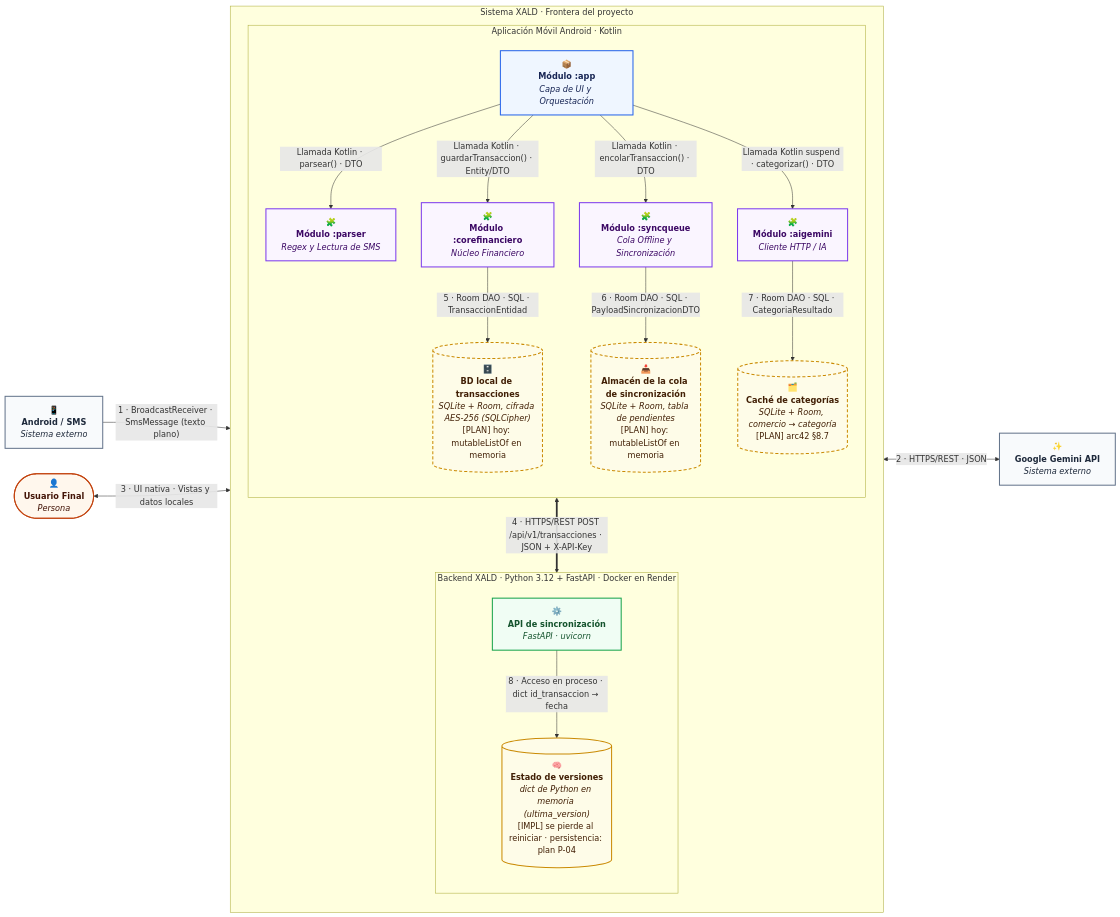
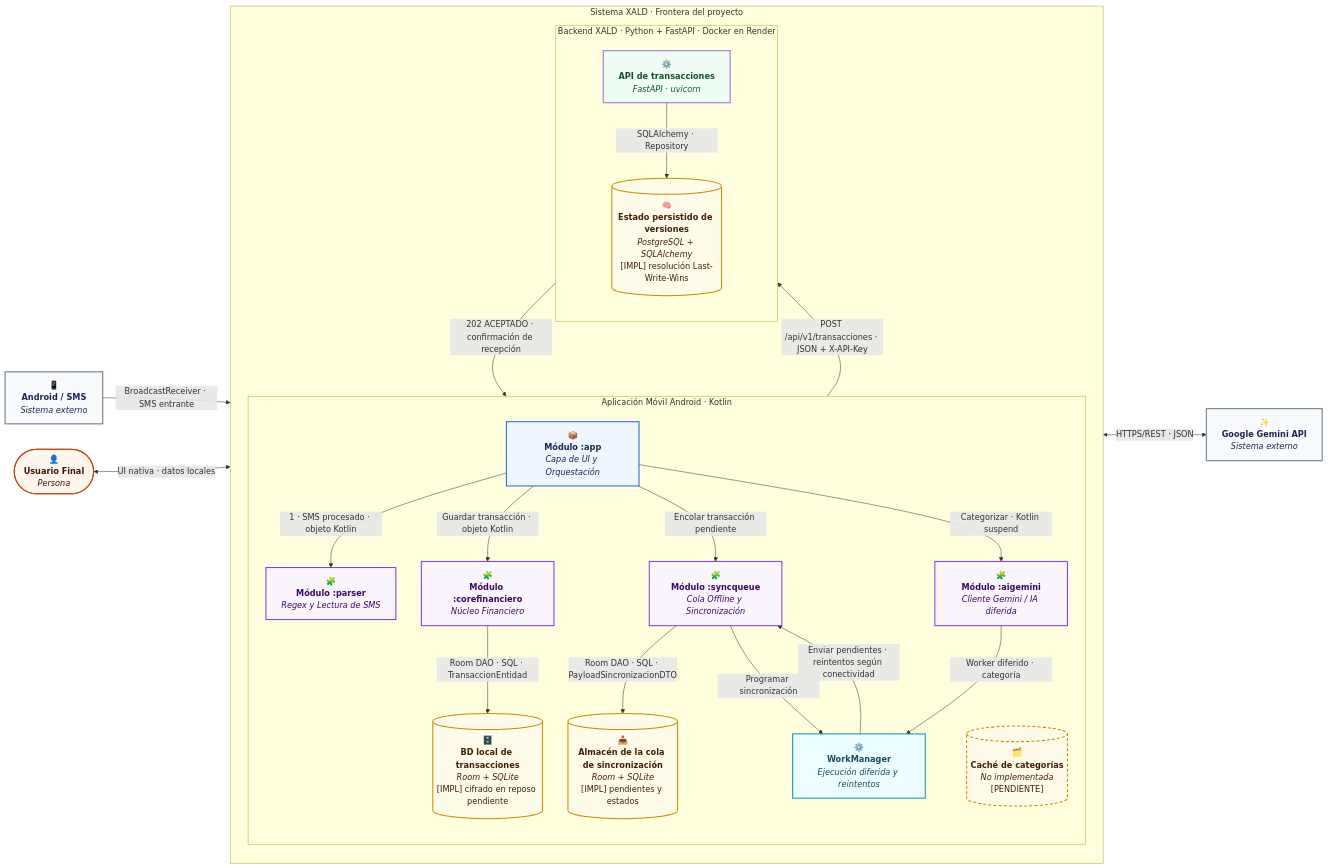
Before and after one commit to ISCOUTB/AS_202620_XALD: the diagram in docs/c4/c2.md, drawn with Mermaid. The commit also changed other lines of this file, not shown here.

````diff
--- a/docs/c4/c2.md
+++ b/docs/c4/c2.md
@@ -3,61 +3,67 @@
 ```mermaid
 flowchart LR
     User(["👤<br/><b>Usuario Final</b><br/><i>Persona</i>"])
     Android["📱<br/><b>Android / SMS</b><br/><i>Sistema externo</i>"]
     Gemini["✨<br/><b>Google Gemini API</b><br/><i>Sistema externo</i>"]
 
     subgraph sistema["Sistema XALD · Frontera del proyecto"]
         direction TB
 
         subgraph app_group["Aplicación Móvil Android · Kotlin"]
             direction TB
             App["📦<br/><b>Módulo :app</b><br/><i>Capa de UI y Orquestación</i>"]
             Parser["🧩<br/><b>Módulo :parser</b><br/><i>Regex y Lectura de SMS</i>"]
             Core["🧩<br/><b>Módulo :corefinanciero</b><br/><i>Núcleo Financiero</i>"]
             Sync["🧩<br/><b>Módulo :syncqueue</b><br/><i>Cola Offline y Sincronización</i>"]
-            AI["🧩<br/><b>Módulo :aigemini</b><br/><i>Cliente HTTP / IA</i>"]
+            AI["🧩<br/><b>Módulo :aigemini</b><br/><i>Cliente Gemini / IA diferida</i>"]
+            WorkManager["⚙️<br/><b>WorkManager</b><br/><i>Ejecución diferida y reintentos</i>"]
 
-            DBLocal[("🗄️<br/><b>BD local de transacciones</b><br/><i>SQLite + Room, cifrada AES-256 (SQLCipher)</i><br/>[PLAN] hoy: mutableListOf en memoria")]
-            ColaLocal[("📥<br/><b>Almacén de la cola de sincronización</b><br/><i>SQLite + Room, tabla de pendientes</i><br/>[PLAN] hoy: mutableListOf en memoria")]
-            CacheCat[("🗂️<br/><b>Caché de categorías</b><br/><i>SQLite + Room, comercio → categoría</i><br/>[PLAN] arc42 §8.7")]
+            DBLocal[("🗄️<br/><b>BD local de transacciones</b><br/><i>Room + SQLite</i><br/>[IMPL] cifrado en reposo pendiente")]
+            ColaLocal[("📥<br/><b>Almacén de la cola de sincronización</b><br/><i>Room + SQLite</i><br/>[IMPL] pendientes y estados")]
+            CacheCat[("🗂️<br/><b>Caché de categorías</b><br/><i>No implementada</i><br/>[PENDIENTE]")]
         end
 
-        subgraph backend_group["Backend XALD · Python 3.12 + FastAPI · Docker en Render"]
+        subgraph backend_group["Backend XALD · Python + FastAPI · Docker en Render"]
             direction TB
-            Backend["⚙️<br/><b>API de sincronización</b><br/><i>FastAPI · uvicorn</i>"]
-            Versiones[("🧠<br/><b>Estado de versiones</b><br/><i>dict de Python en memoria (ultima_version)</i><br/>[IMPL] se pierde al reiniciar · persistencia: plan P-04")]
+            Backend["⚙️<br/><b>API de transacciones</b><br/><i>FastAPI · uvicorn</i>"]
+            Versiones[("🧠<br/><b>Estado persistido de versiones</b><br/><i>PostgreSQL + SQLAlchemy</i><br/>[IMPL] resolución Last-Write-Wins")]
         end
 
-        App -->|"Llamada Kotlin · parsear() · DTO"| Parser
-        App -->|"Llamada Kotlin · guardarTransaccion() · Entity/DTO"| Core
-        App -->|"Llamada Kotlin · encolarTransaccion() · DTO"| Sync
-        App -->|"Llamada Kotlin suspend · categorizar() · DTO"| AI
+        App -->|"1 · SMS procesado · objeto Kotlin"| Parser
+        App -->|"Guardar transacción · objeto Kotlin"| Core
+        App -->|"Encolar transacción pendiente"| Sync
+        App -->|"Categorizar · Kotlin suspend"| AI
+        AI -->|"Worker diferido · categoría"| WorkManager
 
-        Core -->|"5 · Room DAO · SQL · TransaccionEntidad"| DBLocal
-        Sync -->|"6 · Room DAO · SQL · PayloadSincronizacionDTO"| ColaLocal
-        AI -->|"7 · Room DAO · SQL · CategoriaResultado"| CacheCat
-        Backend -->|"8 · Acceso en proceso · dict id_transaccion → fecha"| Versiones
-
-        Sync <==>|"4 · HTTPS/REST POST /api/v1/transacciones · JSON + X-API-Key"| Backend
+        Core -->|"Room DAO · SQL · TransaccionEntidad"| DBLocal
+        Sync -->|"Room DAO · SQL · PayloadSincronizacionDTO"| ColaLocal
+        Sync -->|"Programar sincronización"| WorkManager
+        WorkManager -->|"Enviar pendientes · reintentos según conectividad"| Sync
+        WorkManager -->|"POST /api/v1/transacciones · JSON + X-API-Key"| Backend
+        Backend -->|"SQLAlchemy · Repository"| Versiones
+        Backend -->|"202 ACEPTADO · confirmación de recepción"| Sync
     end
 
-    Android -->|"1 · BroadcastReceiver · SmsMessage (texto plano)"| App
-    AI <-->|"2 · HTTPS/REST · JSON"| Gemini
-    User <-->|"3 · UI nativa · Vistas y datos locales"| App
+    Android -->|"BroadcastReceiver · SMS entrante"| App
+    AI <-->|"HTTPS/REST · JSON"| Gemini
+    User <-->|"UI nativa · datos locales"| App
 
     classDef person fill:#fff7ed,stroke:#c2410c,stroke-width:2px,color:#431407
     classDef central fill:#eff6ff,stroke:#2563eb,stroke-width:2px,color:#172554
     classDef module fill:#faf5ff,stroke:#7c3aed,stroke-width:2px,color:#3b0764
-    classDef backend fill:#f0fdf4,stroke:#16a34a,stroke-width:2px,color:#14532d
+    classDef backend fill:#f0fdf4,stroke:#16a4a,stroke-width:2px,color:#14532d
     classDef store fill:#fefce8,stroke:#ca8a04,stroke-width:2px,color:#422006
     classDef planned fill:#fefce8,stroke:#ca8a04,stroke-width:2px,stroke-dasharray:6 4,color:#422006
-    classDef external fill:#f8fafc,stroke:#64748b,stroke-width:2px,color:#1e293b
+    classDef external fill:#f8fafc,stroke:#64748b,stroke-width:2px,color:#1e2656
+    classDef scheduler fill:#ecfeff,stroke:#0891b2,stroke-width:2px,color:#164e63
 
     class User person
     class App central
     class Parser,Core,Sync,AI module
     class Backend backend
     class Versiones store
-    class DBLocal,ColaLocal,CacheCat planned
+    class DBLocal,ColaLocal store
+    class CacheCat planned
     class Android,Gemini external
+    class WorkManager scheduler
 ```
````
